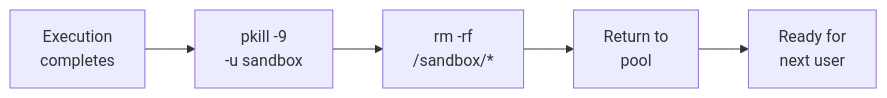
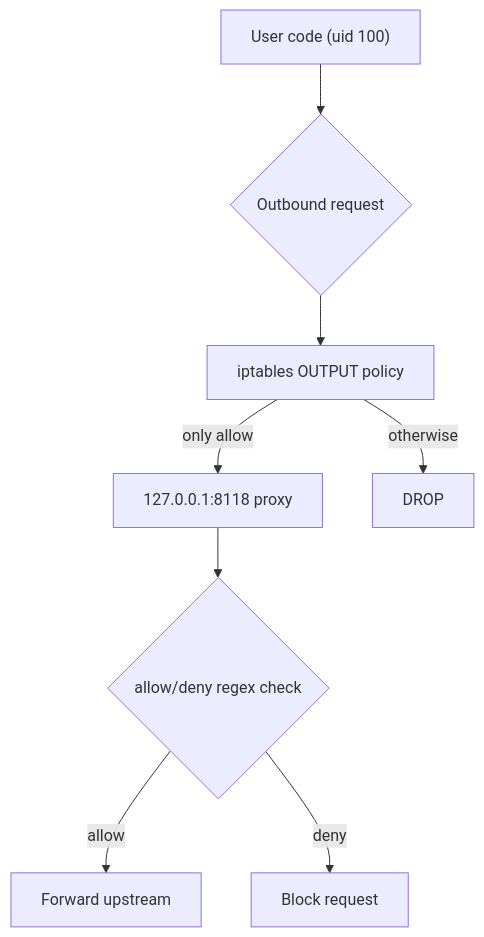
One commit to Illusion47586/isol8 changed the diagram in docs/security.mdx. Above: the diagram before and after it, drawn with Mermaid. The commit also changed other lines of this file and 63 other files, not shown here.

````diff
--- a/docs/security.mdx
+++ b/docs/security.mdx
@@ -46,7 +104,10 @@
 ```mermaid
-flowchart LR
-    A["Execution\ncompletes"] --> B["pkill -9\n-u sandbox"]
-    B --> C["rm -rf\n/sandbox/*"]
-    C --> D["Return to\npool"]
-    D --> E["Ready for\nnext user"]
+flowchart TD
+  A["User code (uid 100)"] --> B{"Outbound request"}
+  B --> C["iptables OUTPUT policy"]
+  C -->|only allow| D["127.0.0.1:8118 proxy"]
+  C -->|otherwise| E["DROP"]
+  D --> F{"allow/deny regex check"}
+  F -->|allow| G["Forward upstream"]
+  F -->|deny| H["Block request"]
 ```
````
